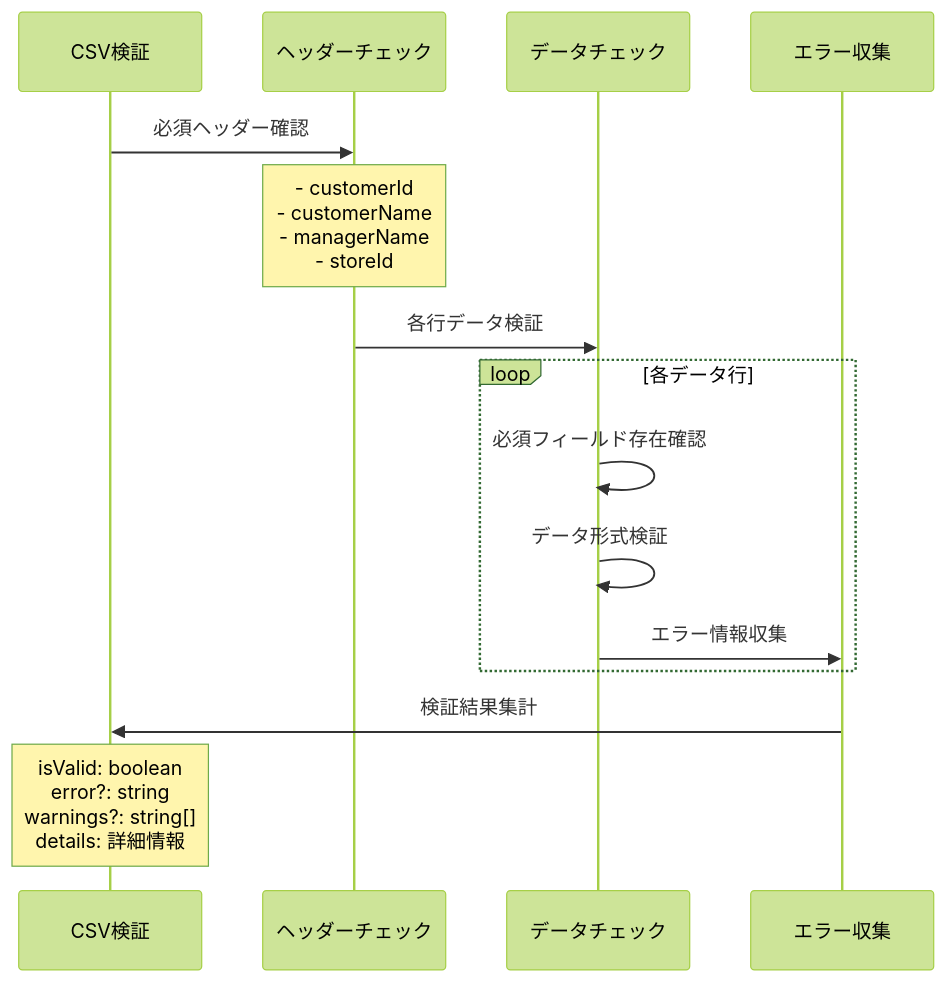
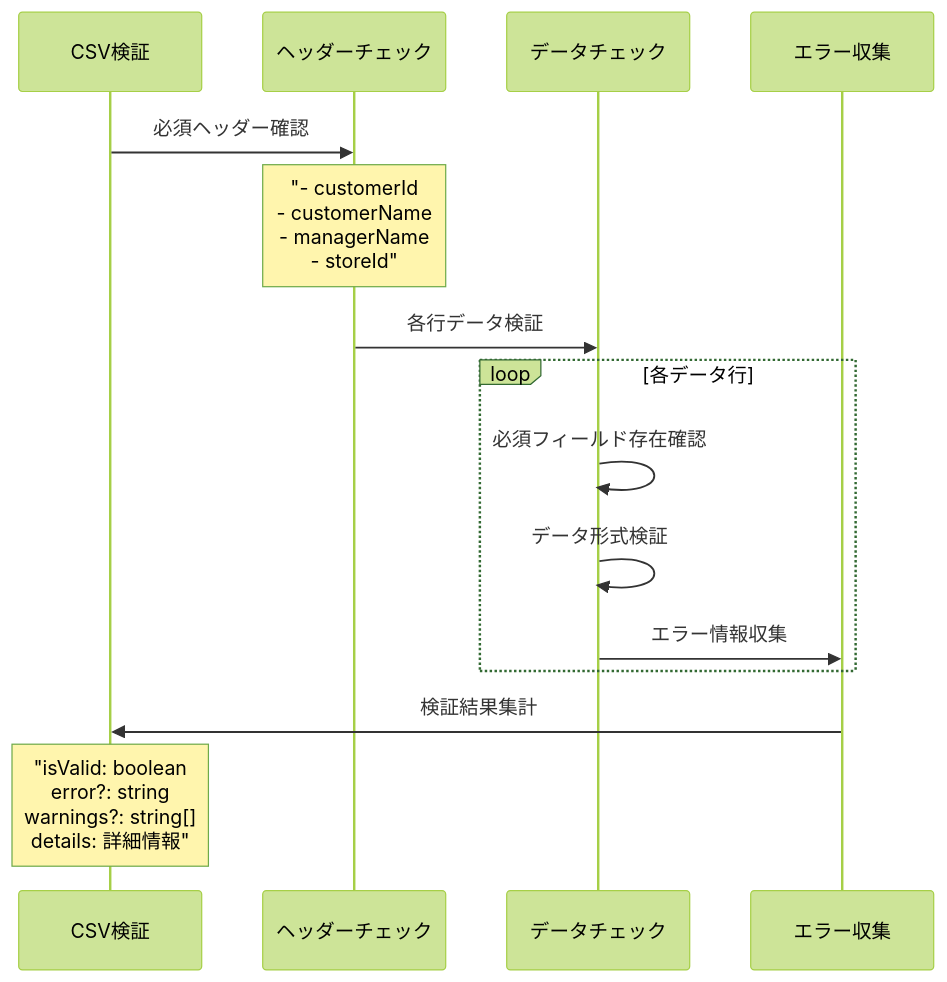
One commit to wasabi49/ocs-systemDevelopmentExercises changed the third of 11 diagrams in document/components/sequence/Modal.md. Above: the diagram before and after it, drawn with Mermaid (forest theme). The commit also changed other lines of this file and 42 other files, not shown here.

First line of the commit message:
fix: mermaidシーケンス図のNote over文でダブルクォーテーション不足を修正

````diff
--- a/document/components/sequence/Modal.md
+++ b/document/components/sequence/Modal.md
@@ -49,20 +49,20 @@
 ```mermaid
 sequenceDiagram
     participant Validation as CSV検証
     participant HeaderCheck as ヘッダーチェック
     participant DataCheck as データチェック
     participant ErrorCollect as エラー収集
 
     Validation->>HeaderCheck: 必須ヘッダー確認
-    Note over HeaderCheck: - customerId<br/>- customerName<br/>- managerName<br/>- storeId
+    Note over HeaderCheck: "- customerId<br/>- customerName<br/>- managerName<br/>- storeId"
     
     HeaderCheck->>DataCheck: 各行データ検証
     loop 各データ行
         DataCheck->>DataCheck: 必須フィールド存在確認
         DataCheck->>DataCheck: データ形式検証
         DataCheck->>ErrorCollect: エラー情報収集
     end
     
     ErrorCollect->>Validation: 検証結果集計
-    Note over Validation: isValid: boolean<br/>error?: string<br/>warnings?: string[]<br/>details: 詳細情報
+    Note over Validation: "isValid: boolean<br/>error?: string<br/>warnings?: string[]<br/>details: 詳細情報"
 ```
````
